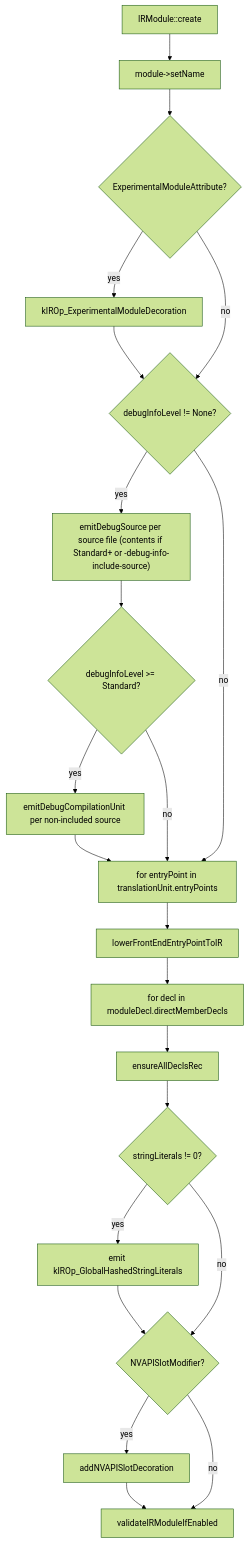
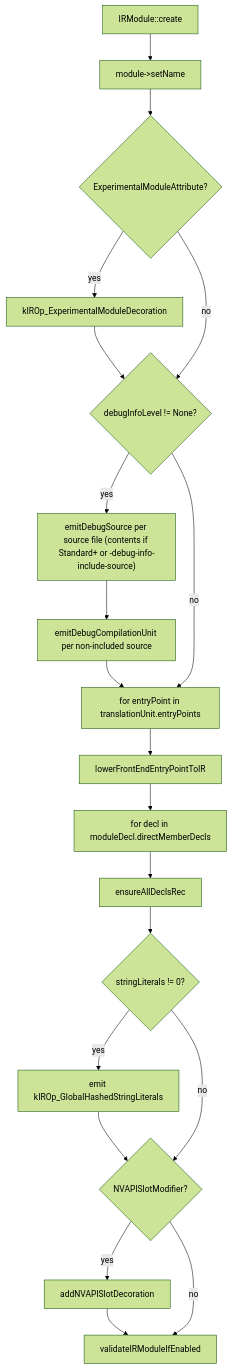
The second of 6 diagrams in docs/generated/design/pipeline/04b-pre-link-passes.md (shader-slang/slang), drawn with Mermaid (forest theme) before and after one commit. The commit also changed other lines of this file and 28 other files, not shown here.

````diff
--- a/docs/generated/design/pipeline/04b-pre-link-passes.md
+++ b/docs/generated/design/pipeline/04b-pre-link-passes.md
@@ -100,34 +100,31 @@
 ```mermaid
 flowchart TD
   mc[IRModule::create]
   setName[module->setName]
   expGate{ExperimentalModuleAttribute?}
   expDec["kIROp_ExperimentalModuleDecoration"]
   diGate{"debugInfoLevel != None?"}
   emitDS["emitDebugSource per source file (contents if Standard+ or -debug-info-include-source)"]
-  stdGate{"debugInfoLevel >= Standard?"}
   emitDCU["emitDebugCompilationUnit per non-included source"]
   epLoop["for entryPoint in translationUnit.entryPoints"]
   lfeep[lowerFrontEndEntryPointToIR]
   declLoop["for decl in moduleDecl.directMemberDecls"]
   eadr[ensureAllDeclsRec]
   slGate{stringLiterals != 0?}
   ghsl["emit kIROp_GlobalHashedStringLiterals"]
   nvGate{NVAPISlotModifier?}
   nvDec[addNVAPISlotDecoration]
   vMod[validateIRModuleIfEnabled]
 
   mc --> setName --> expGate
   expGate -- yes --> expDec --> diGate
   expGate -- no --> diGate
-  diGate -- yes --> emitDS --> stdGate
-  stdGate -- yes --> emitDCU --> epLoop
-  stdGate -- no --> epLoop
+  diGate -- yes --> emitDS --> emitDCU --> epLoop
   diGate -- no --> epLoop
   epLoop --> lfeep --> declLoop
   declLoop --> eadr --> slGate
   slGate -- yes --> ghsl --> nvGate
   slGate -- no --> nvGate
   nvGate -- yes --> nvDec --> vMod
   nvGate -- no --> vMod
 ```
````
